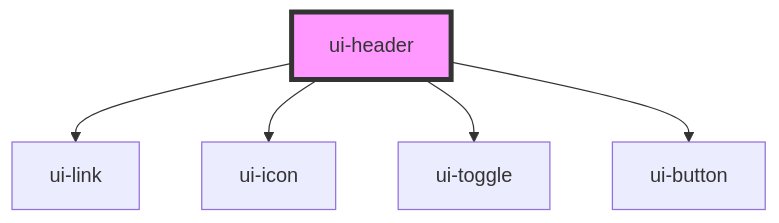
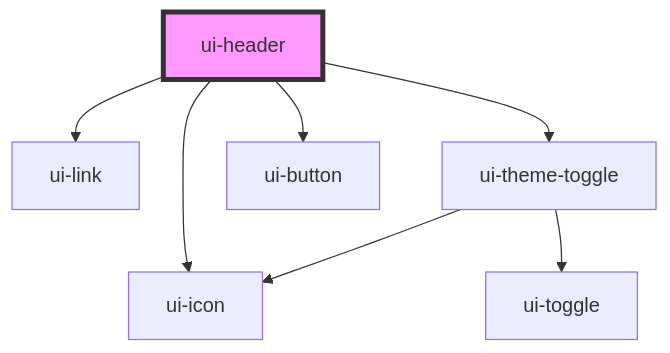
Before and after one commit to ElSimpatico/personal-site: the diagram in packages/ui-kit/src/components/molecules/header/readme.md, drawn with Mermaid. The commit also changed other lines of this file and 4 other files, not shown here.

Commit message:
refactor(ui-kit): theme toggle in header

````diff
--- a/packages/ui-kit/src/components/molecules/header/readme.md
+++ b/packages/ui-kit/src/components/molecules/header/readme.md
@@ -31,8 +31,10 @@
 ```mermaid
 graph TD;
   ui-header --> ui-link
   ui-header --> ui-icon
-  ui-header --> ui-toggle
+  ui-header --> ui-theme-toggle
   ui-header --> ui-button
+  ui-theme-toggle --> ui-toggle
+  ui-theme-toggle --> ui-icon
   style ui-header fill:#f9f,stroke:#333,stroke-width:4px
 ```
````
